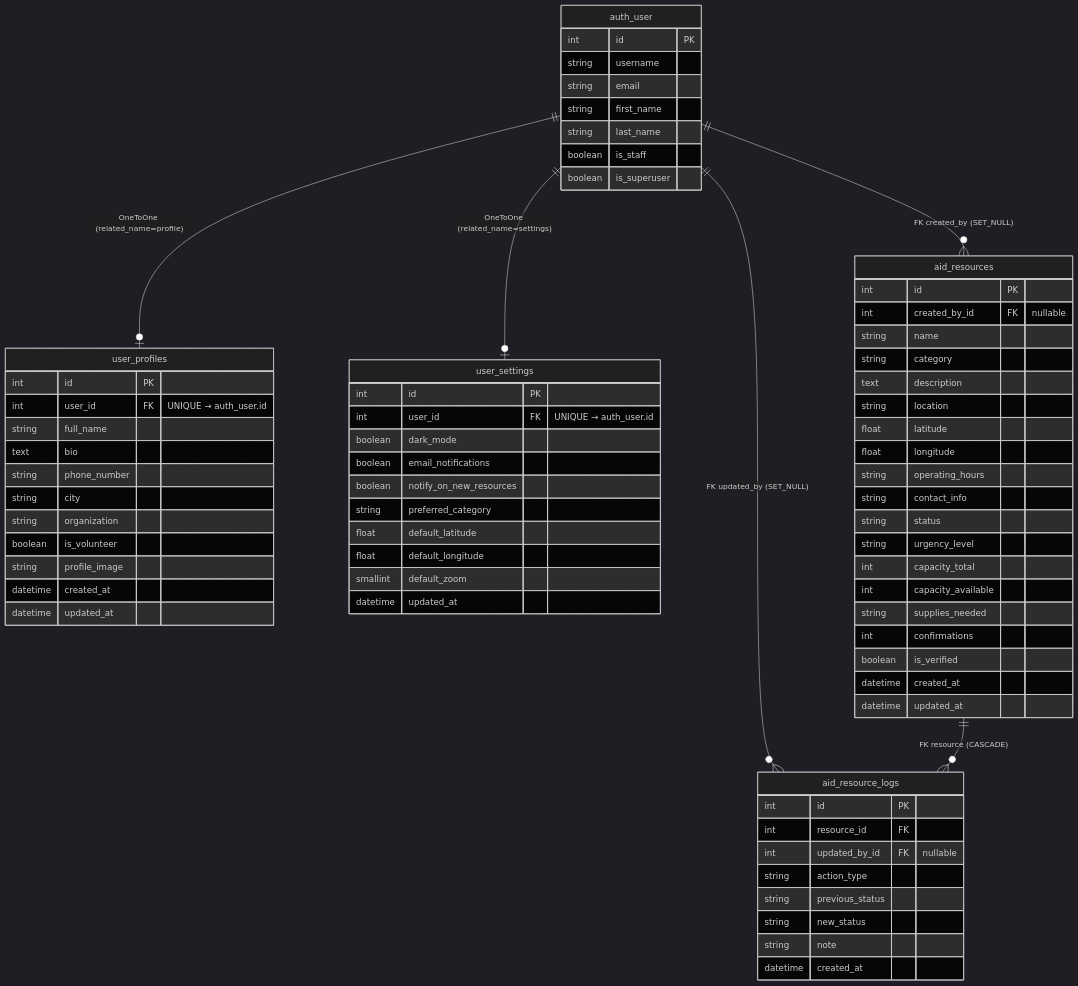
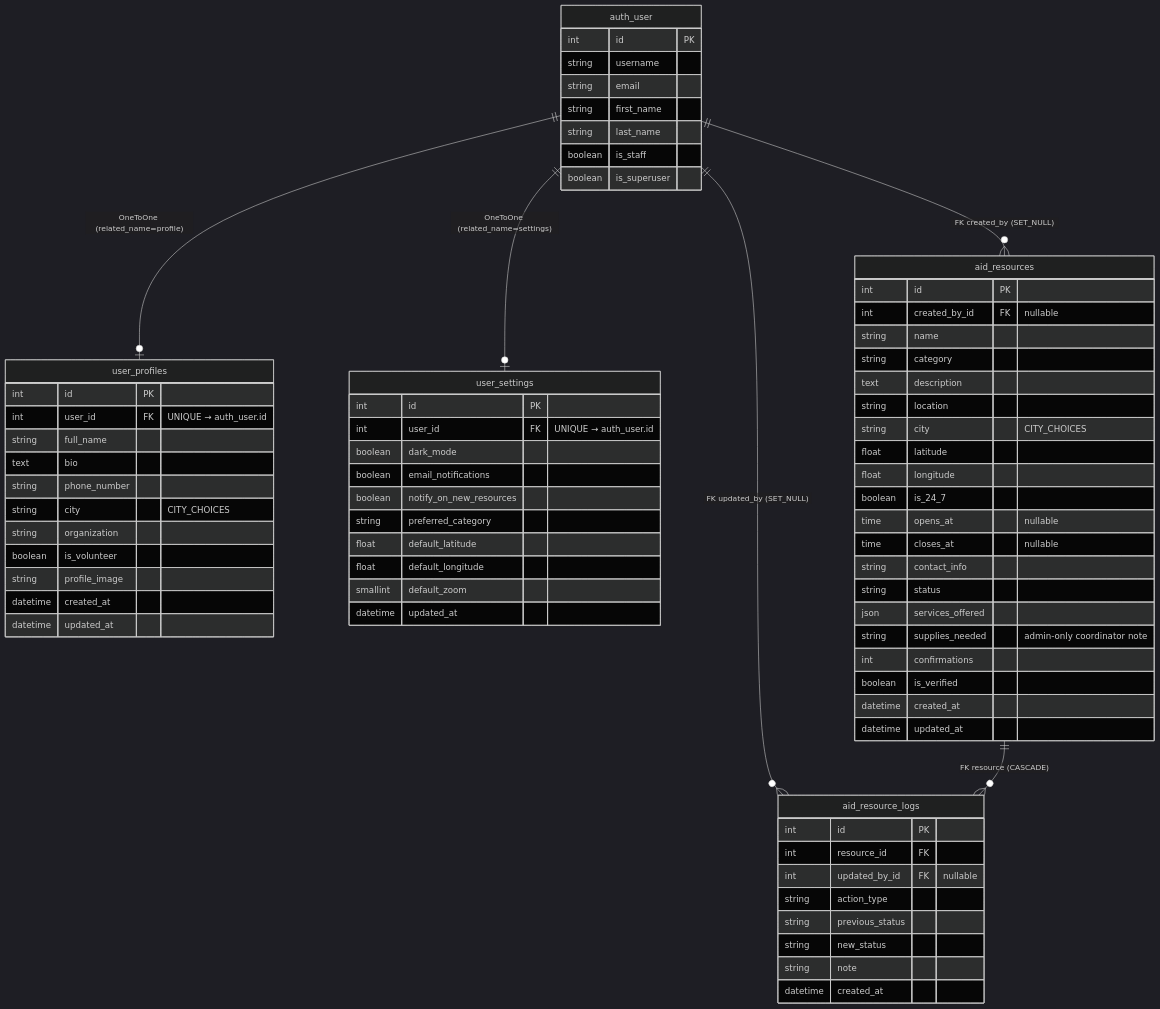
One commit to DanielMarkA/AyudaMap changed the diagram in docs/ARCHITECTURE.md. Above: the diagram before and after it, drawn with Mermaid (dark theme). The commit also changed other lines of this file and 9 other files, not shown here.

First line of the commit message:
docs: update AyudaMap architecture, testing, and user guides

````diff
--- a/docs/ARCHITECTURE.md
+++ b/docs/ARCHITECTURE.md
@@ -68,74 +71,75 @@
 ```mermaid
 erDiagram
     auth_user ||--o| user_profiles : "OneToOne (related_name=profile)"
     auth_user ||--o| user_settings : "OneToOne (related_name=settings)"
     auth_user ||--o{ aid_resources : "FK created_by (SET_NULL)"
     auth_user ||--o{ aid_resource_logs : "FK updated_by (SET_NULL)"
     aid_resources ||--o{ aid_resource_logs : "FK resource (CASCADE)"
 
     auth_user {
         int id PK
         string username
         string email
         string first_name
         string last_name
         boolean is_staff
         boolean is_superuser
     }
     user_profiles {
         int id PK
         int user_id FK "UNIQUE → auth_user.id"
         string full_name
         text bio
         string phone_number
-        string city
+        string city "CITY_CHOICES"
         string organization
         boolean is_volunteer
         string profile_image
         datetime created_at
         datetime updated_at
     }
     user_settings {
         int id PK
         int user_id FK "UNIQUE → auth_user.id"
         boolean dark_mode
         boolean email_notifications
         boolean notify_on_new_resources
         string preferred_category
         float default_latitude
         float default_longitude
         smallint default_zoom
         datetime updated_at
     }
     aid_resources {
         int id PK
         int created_by_id FK "nullable"
         string name
         string category
         text description
         string location
+        string city "CITY_CHOICES"
         float latitude
         float longitude
-        string operating_hours
+        boolean is_24_7
+        time opens_at "nullable"
+        time closes_at "nullable"
         string contact_info
         string status
-        string urgency_level
-        int capacity_total
-        int capacity_available
-        string supplies_needed
+        json services_offered
+        string supplies_needed "admin-only coordinator note"
         int confirmations
         boolean is_verified
         datetime created_at
         datetime updated_at
     }
     aid_resource_logs {
         int id PK
         int resource_id FK
         int updated_by_id FK "nullable"
         string action_type
         string previous_status
         string new_status
         string note
         datetime created_at
     }
 ```
````
